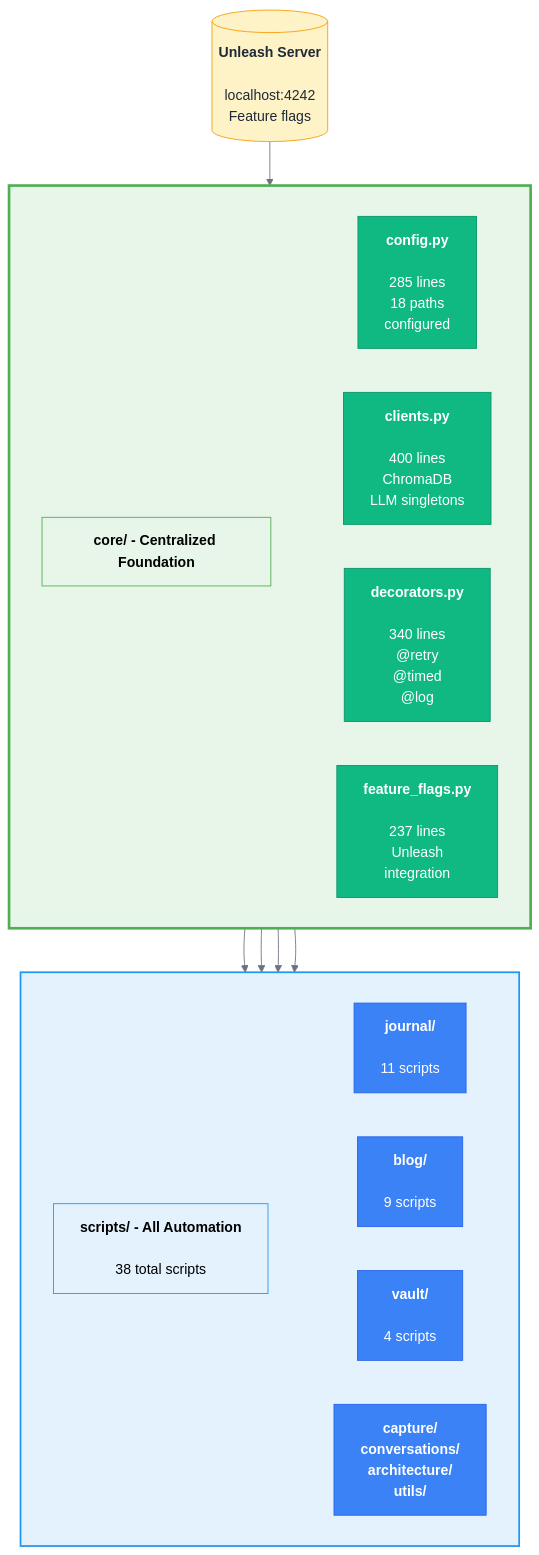
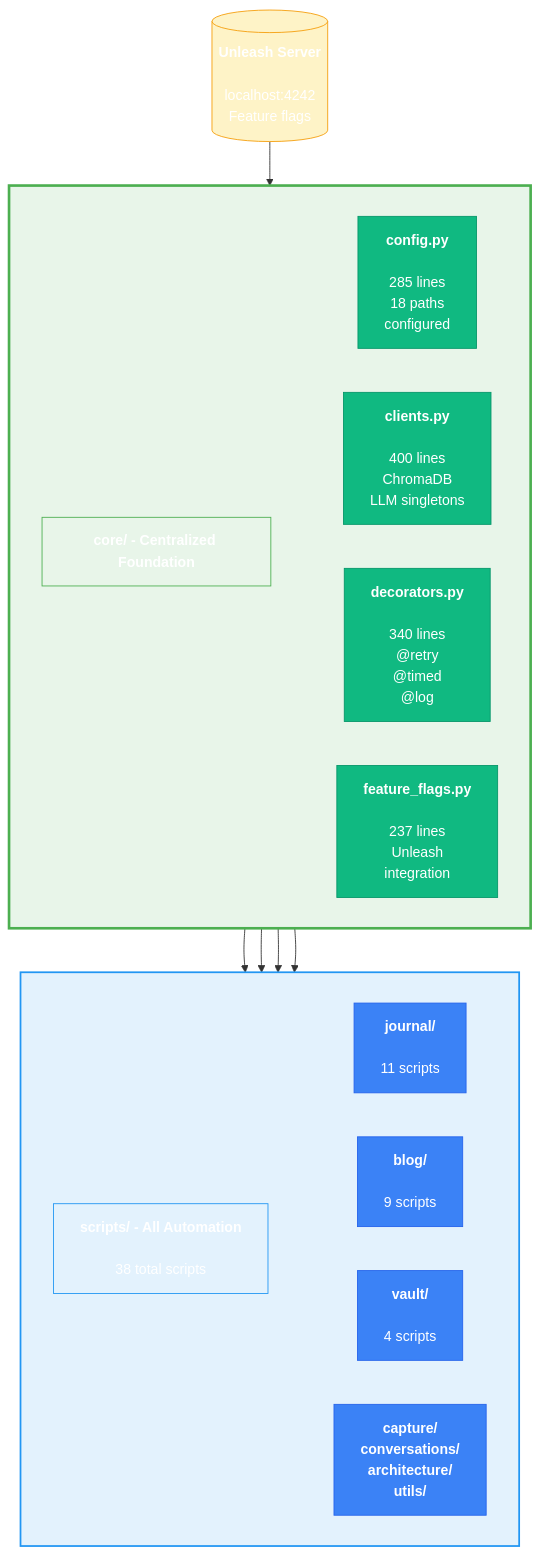
Before and after one commit to rduffyuk/blog-astro: the third of 6 diagrams in src/data/blog/season-2-episode-4-three-systems-parallel-testing.md, drawn with Mermaid. The commit also changed other lines of this file, not shown here.

First line of the commit message:
Match diagram 2 color pattern for dark mode compatibility

````diff
--- a/src/data/blog/season-2-episode-4-three-systems-parallel-testing.md
+++ b/src/data/blog/season-2-episode-4-three-systems-parallel-testing.md
@@ -425,52 +424,51 @@
 ```mermaid
-%%{init: {'theme':'base', 'themeVariables': { 'primaryTextColor':'#1f2937','secondaryTextColor':'#1f2937','tertiaryTextColor':'#1f2937','primaryBorderColor':'#6b7280','lineColor':'#6b7280'}}}%%
 graph TB
     subgraph Core[" "]
         direction LR
         CoreTitle["<b>core/ - Centralized Foundation</b>"]
         Config["<b>config.py</b><br/><br/>285 lines<br/>18 paths<br/>configured"]
         Clients["<b>clients.py</b><br/><br/>400 lines<br/>ChromaDB<br/>LLM singletons"]
         Decorators["<b>decorators.py</b><br/><br/>340 lines<br/>@retry<br/>@timed<br/>@log"]
         Flags["<b>feature_flags.py</b><br/><br/>237 lines<br/>Unleash<br/>integration"]
 
         CoreTitle ~~~ Config
         CoreTitle ~~~ Clients
         CoreTitle ~~~ Decorators
         CoreTitle ~~~ Flags
     end
 
     subgraph Scripts[" "]
         direction LR
         ScriptsTitle["<b>scripts/ - All Automation</b><br/><br/>38 total scripts"]
         Journal["<b>journal/</b><br/><br/>11 scripts"]
         Blog["<b>blog/</b><br/><br/>9 scripts"]
         Vault["<b>vault/</b><br/><br/>4 scripts"]
         Other["<b>capture/</b><br/><b>conversations/</b><br/><b>architecture/</b><br/><b>utils/</b>"]
 
         ScriptsTitle ~~~ Journal
         ScriptsTitle ~~~ Blog
         ScriptsTitle ~~~ Vault
         ScriptsTitle ~~~ Other
     end
 
     Config --> Scripts
     Clients --> Scripts
     Decorators --> Scripts
     Flags --> Scripts
 
     Unleash[("<b>Unleash Server</b><br/><br/>localhost:4242<br/>Feature flags")] --> Flags
 
-    style Core fill:#e8f5e9,stroke:#4caf50,stroke-width:3px
-    style CoreTitle fill:#e8f5e9,stroke:#4caf50,color:#000
+    style Core fill:#e8f5e9,stroke:#4caf50,stroke-width:3px,color:#fff
+    style CoreTitle fill:#e8f5e9,stroke:#4caf50,color:#fff
     style Config fill:#10b981,stroke:#059669,color:#fff
     style Clients fill:#10b981,stroke:#059669,color:#fff
     style Decorators fill:#10b981,stroke:#059669,color:#fff
     style Flags fill:#10b981,stroke:#059669,color:#fff
-    style Scripts fill:#e3f2fd,stroke:#2196f3,stroke-width:2px
-    style ScriptsTitle fill:#e3f2fd,stroke:#2196f3,color:#000
+    style Scripts fill:#e3f2fd,stroke:#2196f3,stroke-width:2px,color:#fff
+    style ScriptsTitle fill:#e3f2fd,stroke:#2196f3,color:#fff
     style Journal fill:#3b82f6,stroke:#2563eb,color:#fff
     style Blog fill:#3b82f6,stroke:#2563eb,color:#fff
     style Vault fill:#3b82f6,stroke:#2563eb,color:#fff
     style Other fill:#3b82f6,stroke:#2563eb,color:#fff
-    style Unleash fill:#fef3c7,stroke:#f59e0b
+    style Unleash fill:#fef3c7,stroke:#f59e0b,color:#fff
 ```
````
